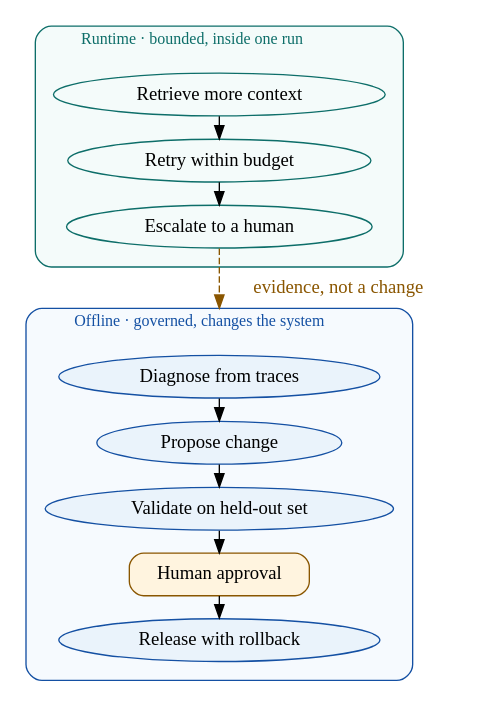
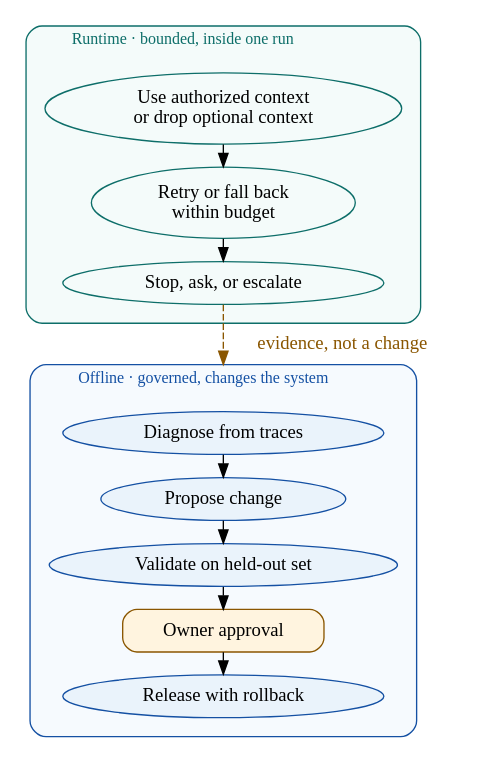
Before and after one commit to rrahimi-uci/building-enterprise-general-intelligence: the diagram in assets/diagrams/src/runtime-offline.gv, drawn with Graphviz. The commit also changed 29 other files, not shown here.

```diff
--- a/assets/diagrams/src/runtime-offline.gv
+++ b/assets/diagrams/src/runtime-offline.gv
@@ -1,29 +1,29 @@
 // Figure 25-2 — Runtime adaptation and offline improvement boundary.
 // Message: the loop that may change behaviour inside a run and the loop that may
-// change the system are different loops, and only a human crosses between them.
+// change the system are different loops; runtime outcomes cross only as evidence.
 digraph runtime_offline {
   rankdir = TB
   graph [ranksep=0.22, nodesep=0.26]
   compound = true
-  node [width=1.8, height=0.44]
+  node [width=2.1, height=0.44]
 
   subgraph cluster_runtime {
     label="  Runtime · bounded, inside one run  "; labeljust="l"; fontsize=12; fontcolor="#0D6E69"
     color="#0D6E69"; style="rounded"; margin=14; bgcolor="#F4FBFA"
-    r1 [label="Retrieve more context", fillcolor="#E7F5F3", color="#0D6E69"]
-    r2 [label="Retry within budget", fillcolor="#E7F5F3", color="#0D6E69"]
-    r3 [label="Escalate to a human", fillcolor="#E7F5F3", color="#0D6E69"]
+    r1 [label="Use authorized context\nor drop optional context", fillcolor="#E7F5F3", color="#0D6E69"]
+    r2 [label="Retry or fall back\nwithin budget", fillcolor="#E7F5F3", color="#0D6E69"]
+    r3 [label="Stop, ask, or escalate", fillcolor="#E7F5F3", color="#0D6E69"]
     r1 -> r2 -> r3
   }
   subgraph cluster_offline {
     label="  Offline · governed, changes the system  "; labeljust="l"; fontsize=12; fontcolor="#1450A3"
     color="#1450A3"; style="rounded"; margin=14; bgcolor="#F6FAFE"
     o1 [label="Diagnose from traces", fillcolor="#EAF3FB", color="#1450A3", style=filled]
     o2 [label="Propose change", fillcolor="#EAF3FB", color="#1450A3", style=filled]
     o3 [label="Validate on held-out set", fillcolor="#EAF3FB", color="#1450A3", style=filled]
-    gate [label="Human approval", fillcolor="#FFF4DF", color="#8A5600", shape=box, style="filled,rounded"]
+    gate [label="Owner approval", fillcolor="#FFF4DF", color="#8A5600", shape=box, style="filled,rounded"]
     o4 [label="Release with rollback", fillcolor="#EAF3FB", color="#1450A3", style=filled]
     o1 -> o2 -> o3 -> gate -> o4
   }
   r3 -> o1 [label="  evidence, not a change  ", lhead=cluster_offline, color="#8A5600", fontcolor="#8A5600", style=dashed]
 }
```
